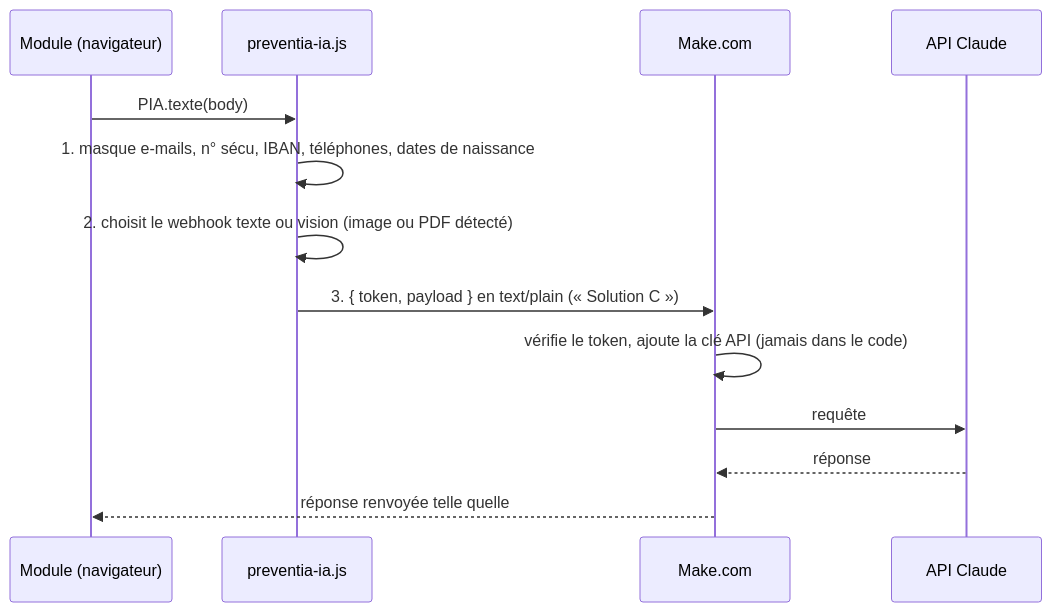
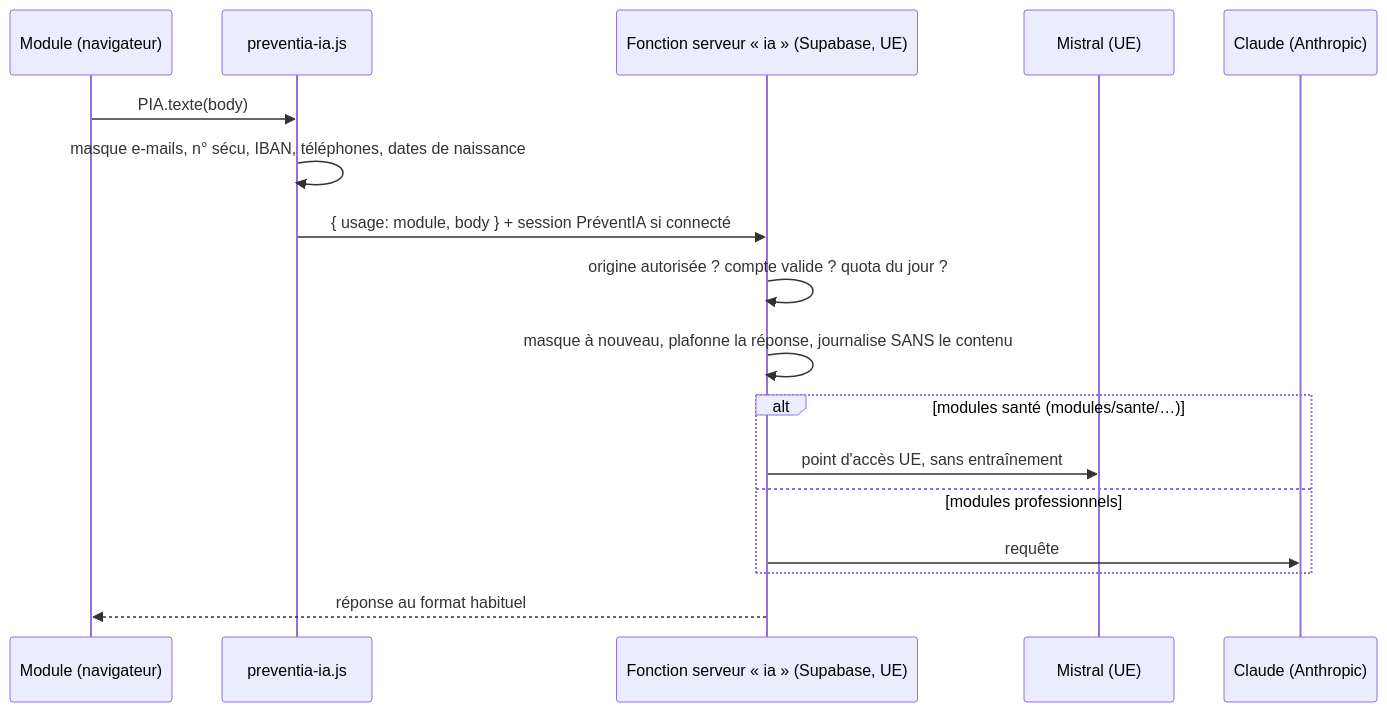
The third of 4 diagrams in README.md (laurebonnefond/preventia-protect), drawn with Mermaid before and after one commit. The commit also changed other lines of this file, not shown here.

First line of the commit message:
README : nouveautés de novembre 2026 (IA sécurisée, base FDS, compte commun, DUERP)

````diff
--- a/README.md
+++ b/README.md
@@ -226,15 +251,19 @@
 ```mermaid
 sequenceDiagram
     participant M as Module (navigateur)
     participant P as preventia-ia.js
-    participant K as Make.com
-    participant C as API Claude
+    participant F as Fonction serveur « ia » (Supabase, UE)
+    participant MI as Mistral (UE)
+    participant C as Claude (Anthropic)
     M->>P: PIA.texte(body)
-    P->>P: 1. masque e-mails, n° sécu, IBAN, téléphones, dates de naissance
-    P->>P: 2. choisit le webhook texte ou vision (image ou PDF détecté)
-    P->>K: 3. { token, payload } en text/plain (« Solution C »)
-    K->>K: vérifie le token, ajoute la clé API (jamais dans le code)
-    K->>C: requête
-    C-->>K: réponse
-    K-->>M: réponse renvoyée telle quelle
+    P->>P: masque e-mails, n° sécu, IBAN, téléphones, dates de naissance
+    P->>F: { usage: module, body } + session PréventIA si connecté
+    F->>F: origine autorisée ? compte valide ? quota du jour ?
+    F->>F: masque à nouveau, plafonne la réponse, journalise SANS le contenu
+    alt modules santé (modules/sante/…)
+        F->>MI: point d'accès UE, sans entraînement
+    else modules professionnels
+        F->>C: requête
+    end
+    F-->>M: réponse au format habituel
 ```
````
